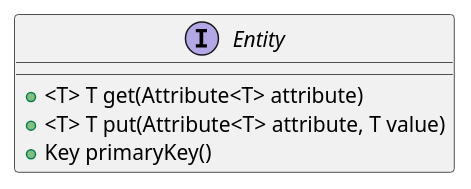
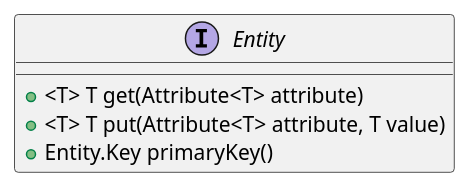
Before and after one commit to codion-is/codion: the second of 2 diagrams in documentation/src/docs/asciidoc/manual/framework-domain-model.adoc, drawn with PlantUML. The commit also changed other lines of this file and 57 other files, not shown here.

Commit message:
Key moved back to Entity

```diff
--- a/documentation/src/docs/asciidoc/manual/framework-domain-model.adoc
+++ b/documentation/src/docs/asciidoc/manual/framework-domain-model.adoc
@@ -58,9 +58,9 @@
 [plantuml, entity-diagram, svg, align=center]
 -------------------------------------------
 
 interface Entity {
     +<T> T get(Attribute<T> attribute)
     +<T> T put(Attribute<T> attribute, T value)
-    +Key primaryKey()
+    +Entity.Key primaryKey()
 }
 -------------------------------------------
```
